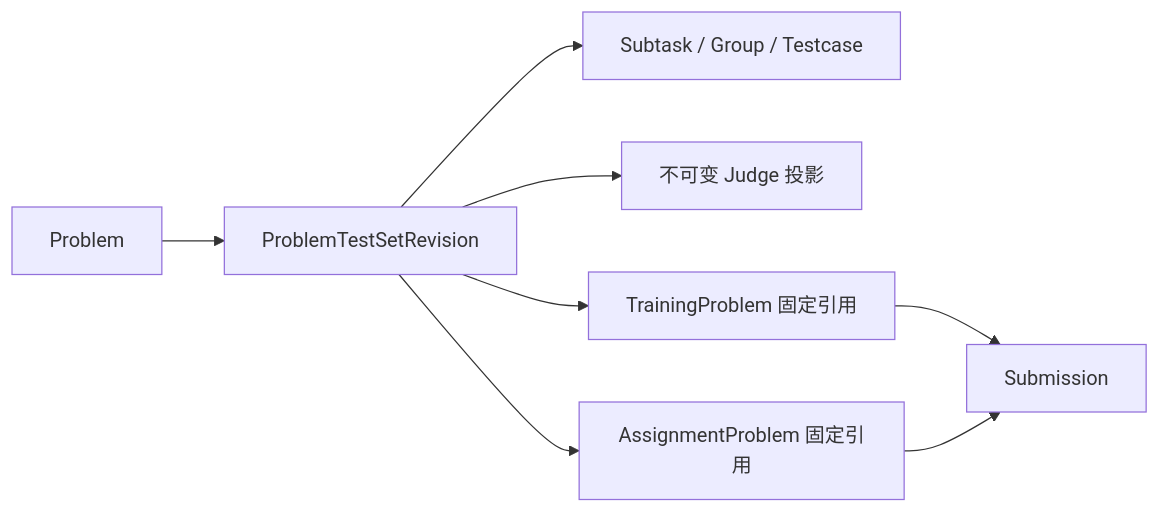
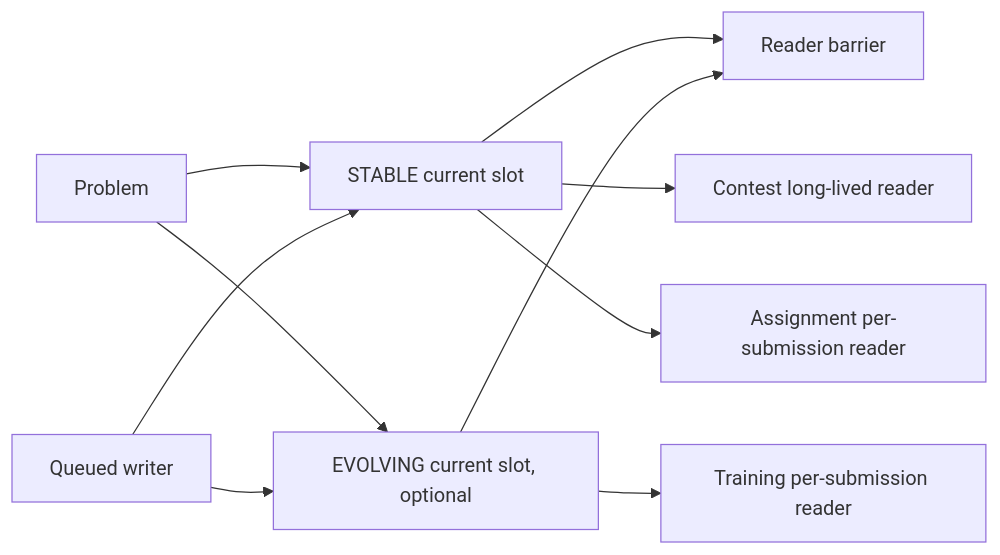
One commit to carits/oi-manager changed the second of 3 diagrams in docs/architecture/DATA_MODEL.md. Above: the diagram before and after it, drawn with Mermaid. The commit also changed other lines of this file and 161 other files, not shown here.

Commit message:
feat: replace testset revisions with stable evolving slots

````diff
--- a/docs/architecture/DATA_MODEL.md
+++ b/docs/architecture/DATA_MODEL.md
@@ -44,10 +44,12 @@
 ```mermaid
 flowchart LR
-  Problem --> Revision[ProblemTestSetRevision]
-  Revision --> TestGraph[Subtask / Group / Testcase]
-  Revision --> JudgeProjection[不可变 Judge 投影]
-  Revision --> TP[TrainingProblem 固定引用]
-  Revision --> AP[AssignmentProblem 固定引用]
-  TP --> Submission
-  AP --> Submission
+  Problem --> Stable[STABLE current slot]
+  Problem --> Evolving[EVOLVING current slot, optional]
+  Stable --> Reader[Reader barrier]
+  Evolving --> Reader
+  Writer[Queued writer] --> Stable
+  Writer --> Evolving
+  Stable --> Contest[Contest long-lived reader]
+  Evolving --> Training[Training per-submission reader]
+  Stable --> Assignment[Assignment per-submission reader]
 ```
````
